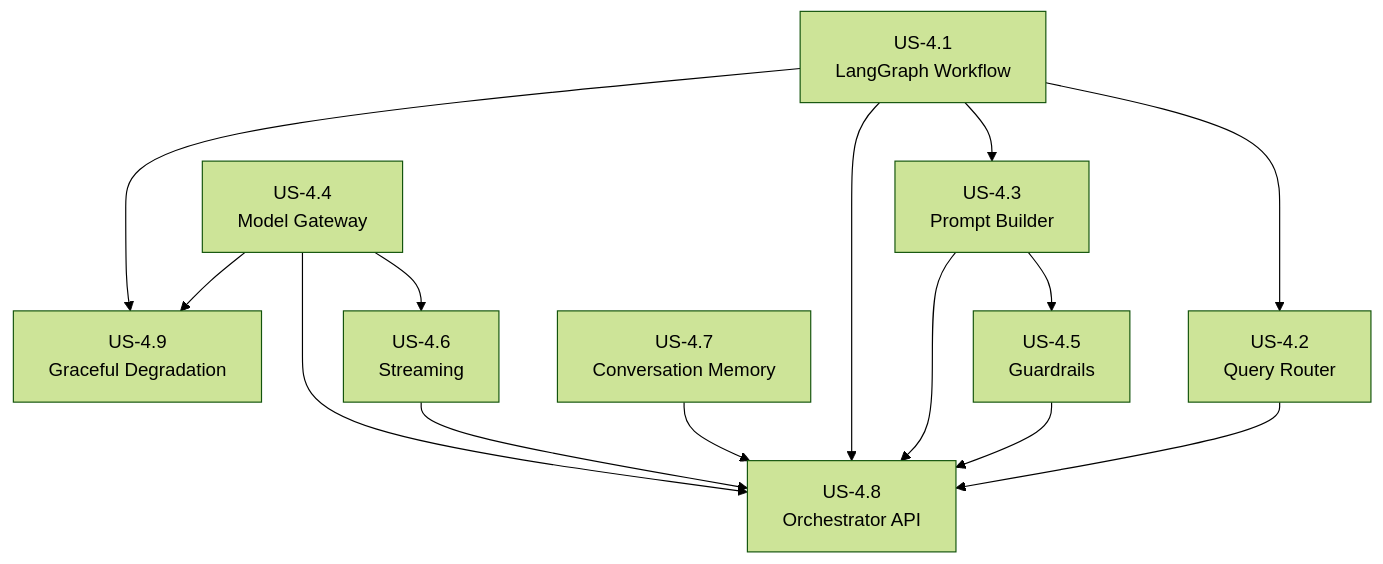
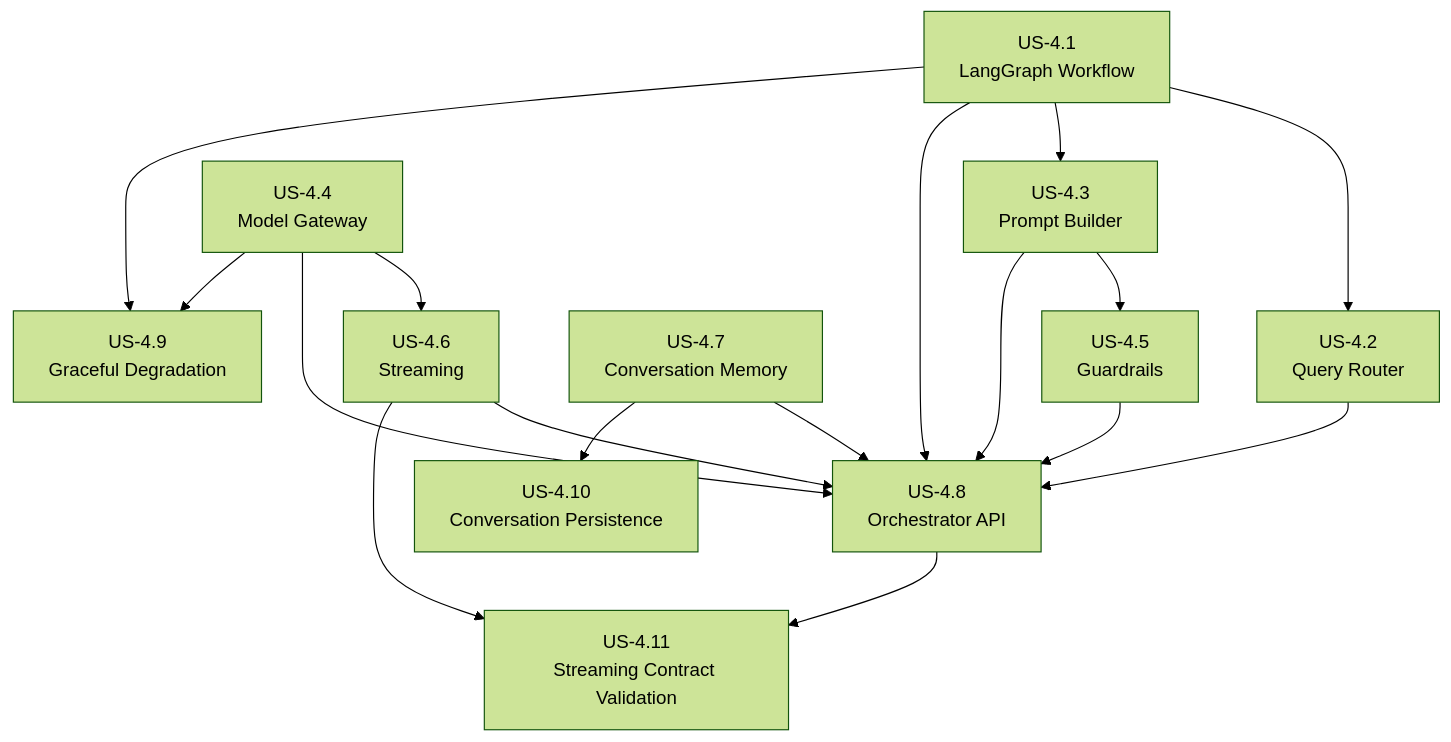
The first of 3 diagrams in workflow/refined/04-orchestrator-service/README.md (RogierKonings/ultimate-rag-pipeline), drawn with Mermaid (forest theme) before and after one commit. The commit also changed other lines of this file and 21 other files, not shown here.

````diff
--- a/workflow/refined/04-orchestrator-service/README.md
+++ b/workflow/refined/04-orchestrator-service/README.md
@@ -53,18 +55,21 @@
 ```mermaid
 flowchart TD
     US41[US-4.1<br/>LangGraph Workflow] --> US42[US-4.2<br/>Query Router]
     US41 --> US43[US-4.3<br/>Prompt Builder]
     US43 --> US45[US-4.5<br/>Guardrails]
     US44[US-4.4<br/>Model Gateway] --> US46[US-4.6<br/>Streaming]
     US47[US-4.7<br/>Conversation Memory]
     
     US41 --> US48[US-4.8<br/>Orchestrator API]
     US42 --> US48
     US43 --> US48
     US44 --> US48
     US45 --> US48
     US46 --> US48
     US47 --> US48
     US44 --> US49[US-4.9<br/>Graceful Degradation]
     US41 --> US49
+    US47 --> US410[US-4.10<br/>Conversation Persistence]
+    US46 --> US411[US-4.11<br/>Streaming Contract Validation]
+    US48 --> US411
 ```
````
